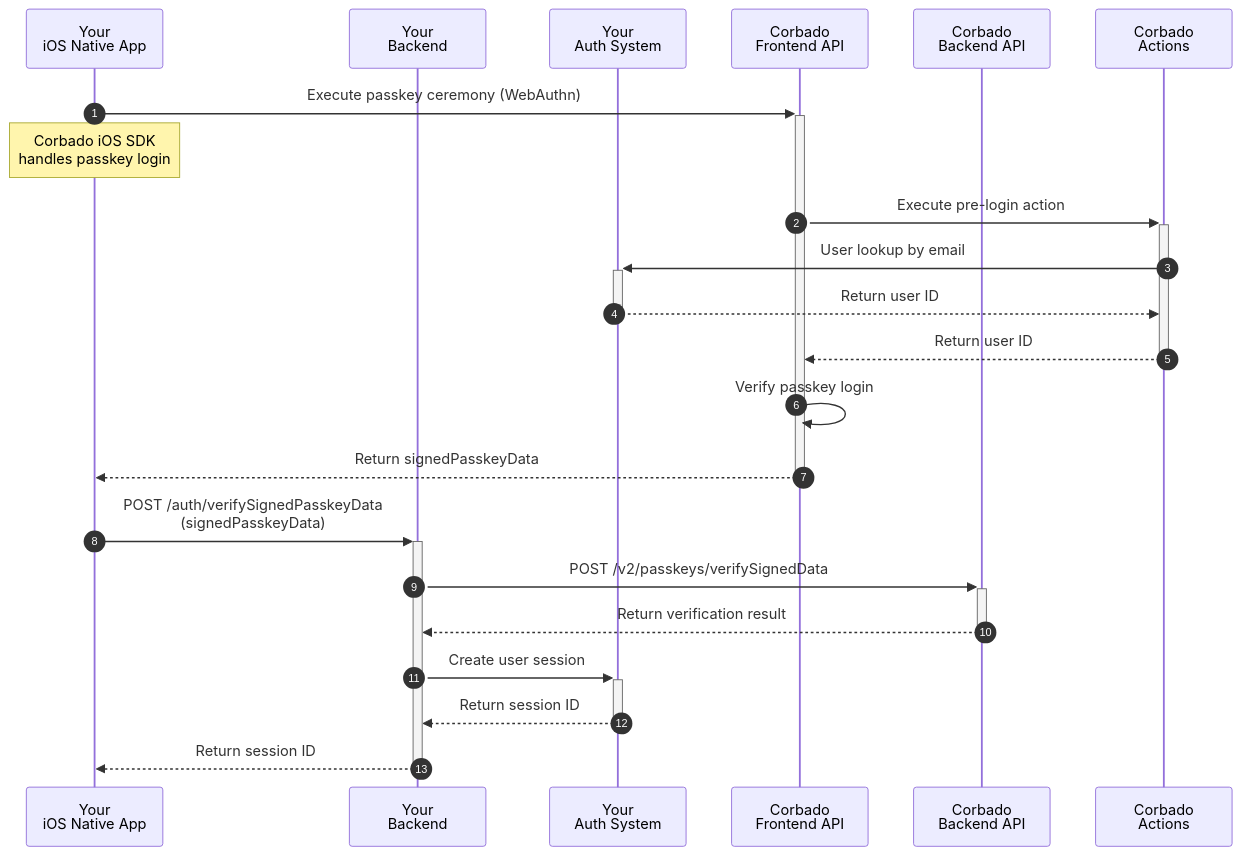
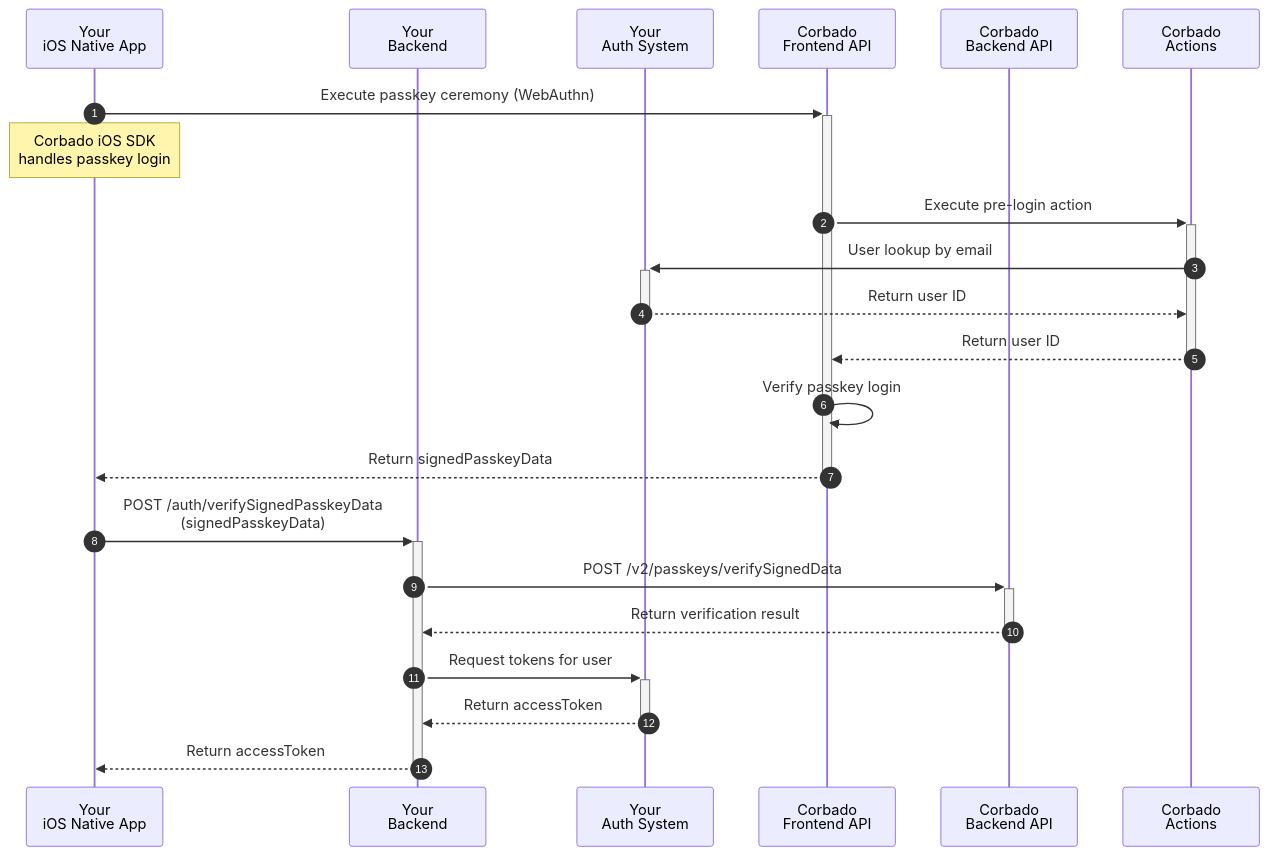
One commit to corbadotech/docs changed the second of 3 diagrams in corbado-connect/integration/generic/ios.mdx. Above: the diagram before and after it, drawn with Mermaid. The commit also changed other lines of this file, not shown here.

Commit message:
Replace concept of 'session ID' with access token

````diff
--- a/corbado-connect/integration/generic/ios.mdx
+++ b/corbado-connect/integration/generic/ios.mdx
@@ -296,26 +296,26 @@
 ```mermaid
 sequenceDiagram
     autonumber
     participant App as Your<br/>iOS Native App
     participant Backend as Your<br/>Backend
     participant IdP as Your<br/>Auth System
     participant FAPI as Corbado<br/>Frontend API
     participant BAPI as Corbado<br/>Backend API
     participant Actions as Corbado<br/>Actions
 
     App->>+FAPI: Execute passkey ceremony (WebAuthn)
     Note over App: Corbado iOS SDK<br/>handles passkey login
     FAPI->>+Actions: Execute pre-login action
     Actions->>+IdP: User lookup by email
     IdP-->>-Actions: Return user ID
     Actions-->>-FAPI: Return user ID
     FAPI->>FAPI: Verify passkey login
     FAPI-->>-App: Return signedPasskeyData
 
     App->>+Backend: POST /auth/verifySignedPasskeyData<br/>(signedPasskeyData)
     Backend->>+BAPI: POST /v2/passkeys/verifySignedData
     BAPI-->>-Backend: Return verification result
-    Backend->>+IdP: Create user session
-    IdP-->>-Backend: Return session ID
-    Backend-->>-App: Return session ID
+    Backend->>+IdP: Request tokens for user
+    IdP-->>-Backend: Return accessToken
+    Backend-->>-App: Return accessToken
 ```
````
